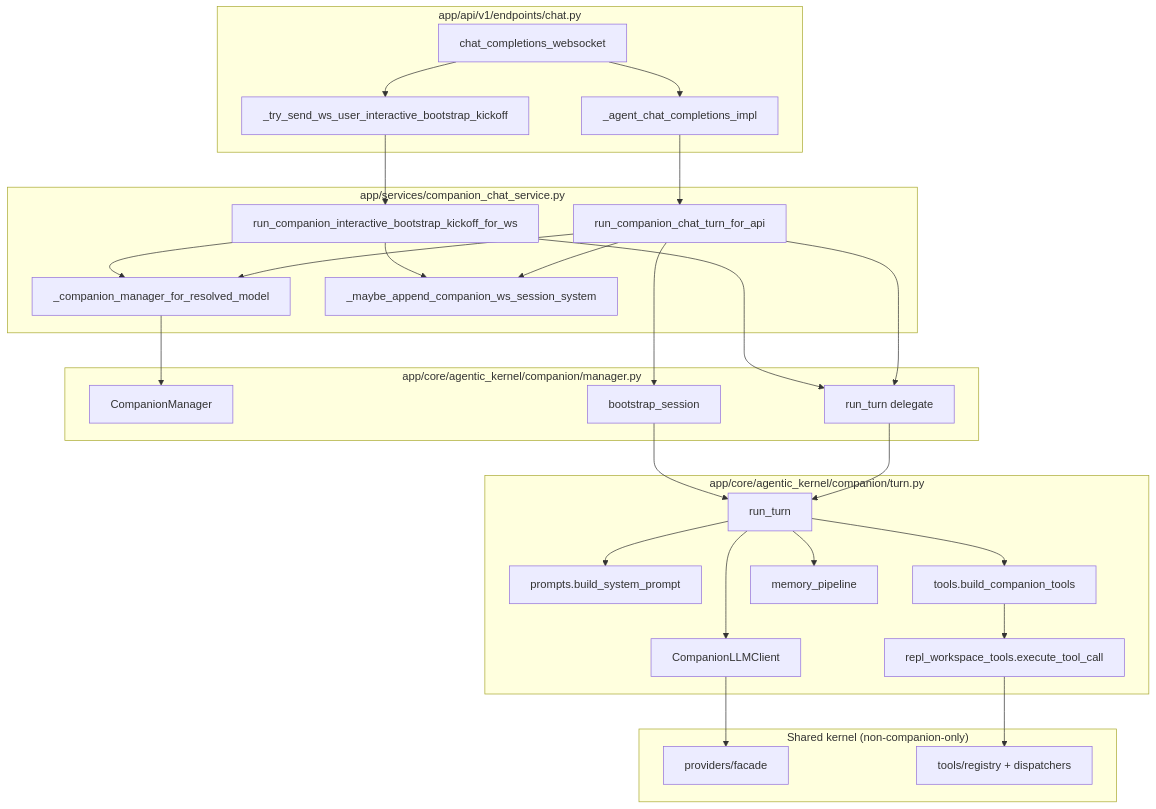
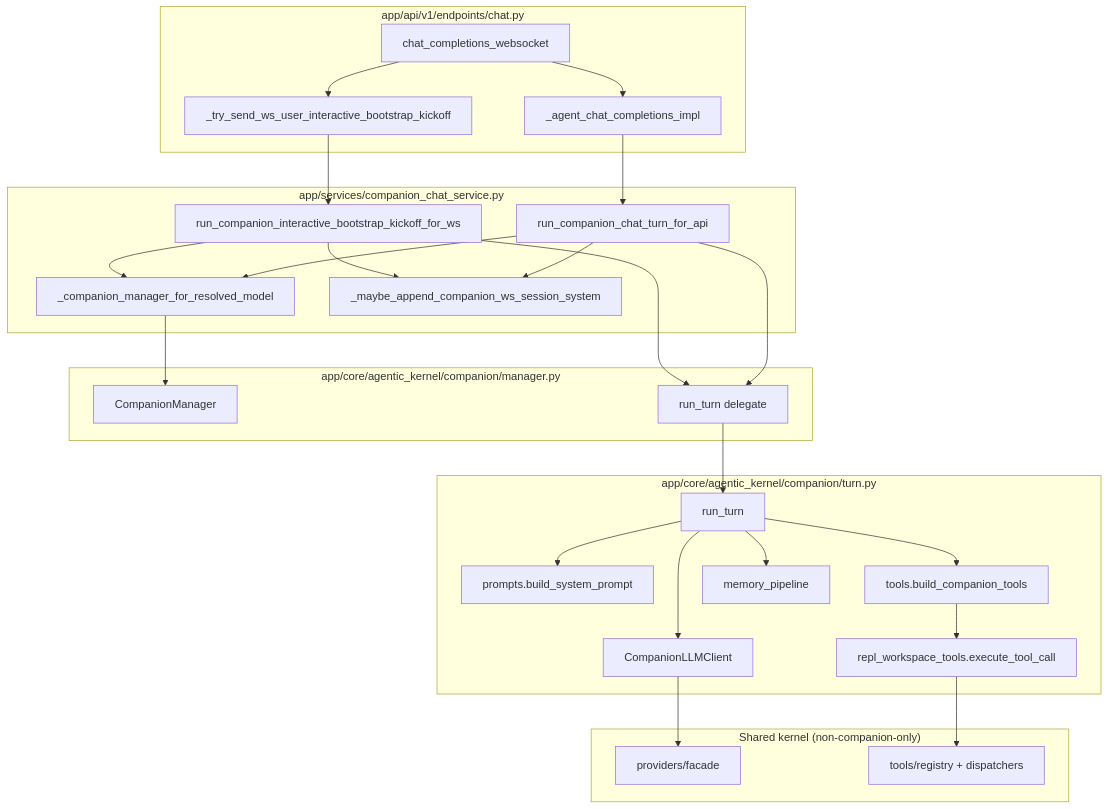
One commit to NascentCore/inty changed the second of 2 diagrams in docs/AGENTIC_KERNEL_ARCH.md. Above: the diagram before and after it, drawn with Mermaid. The commit also changed other lines of this file and 15 other files, not shown here.

````diff
--- a/docs/AGENTIC_KERNEL_ARCH.md
+++ b/docs/AGENTIC_KERNEL_ARCH.md
@@ -104,61 +98,58 @@
 ```mermaid
 flowchart TB
   subgraph API["app/api/v1/endpoints/chat.py"]
     WSE["chat_completions_websocket"]
     KICK["_try_send_ws_user_interactive_bootstrap_kickoff"]
     IMPL["_agent_chat_completions_impl"]
   end
 
   subgraph SVC["app/services/companion_chat_service.py"]
     LRU["_companion_manager_for_resolved_model"]
     API_TURN["run_companion_chat_turn_for_api"]
     WS_KICK["run_companion_interactive_bootstrap_kickoff_for_ws"]
     SESSYS["_maybe_append_companion_ws_session_system"]
   end
 
   subgraph MGR["app/core/agentic_kernel/companion/manager.py"]
     CM["CompanionManager"]
-    BOOT["bootstrap_session"]
     MRT["run_turn delegate"]
   end
 
   subgraph CORE["app/core/agentic_kernel/companion/turn.py"]
     RT["run_turn"]
     PR["prompts.build_system_prompt"]
     TL["tools.build_companion_tools"]
     LLM["CompanionLLMClient"]
     EX["repl_workspace_tools.execute_tool_call"]
     MEM["memory_pipeline"]
   end
 
   subgraph EXT["Shared kernel (non-companion-only)"]
     FAC["providers/facade"]
     REG["tools/registry + dispatchers"]
   end
 
   WSE --> KICK
   KICK --> WS_KICK
   WSE --> IMPL
   IMPL --> API_TURN
 
   WS_KICK --> LRU
   API_TURN --> LRU
   LRU --> CM
 
   WS_KICK --> SESSYS
   API_TURN --> SESSYS
 
   WS_KICK --> MRT
-  API_TURN --> BOOT
   API_TURN --> MRT
-  BOOT --> RT
   MRT --> RT
 
   RT --> PR
   RT --> TL
   RT --> LLM
   RT --> MEM
   LLM --> FAC
   TL --> EX
   EX --> REG
 ```
````
